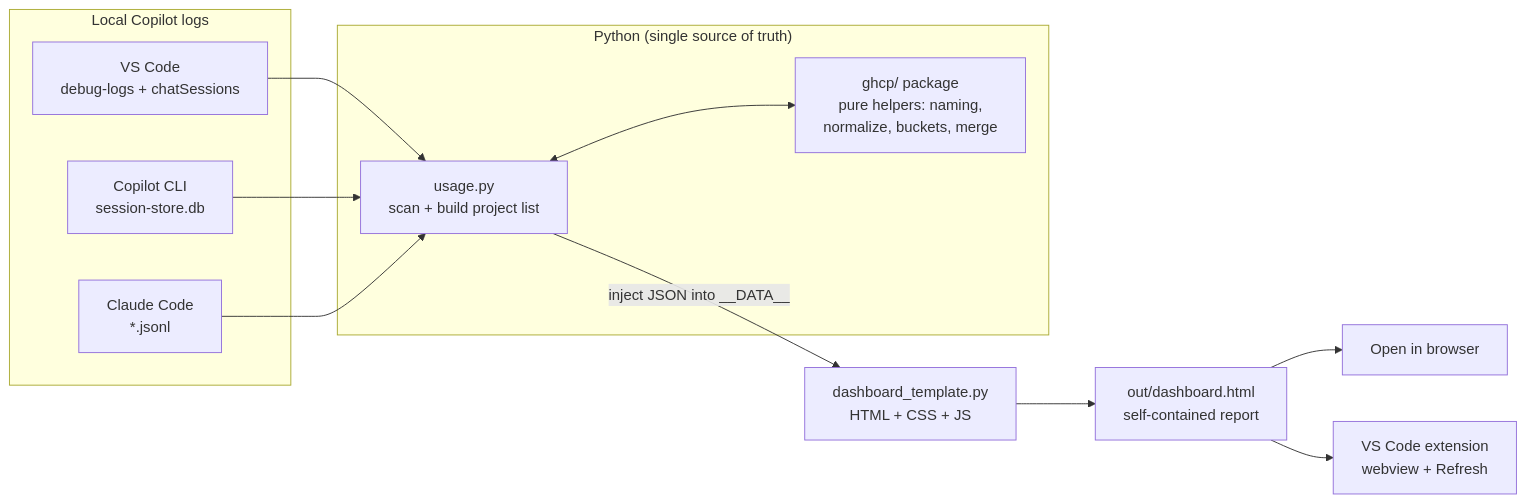
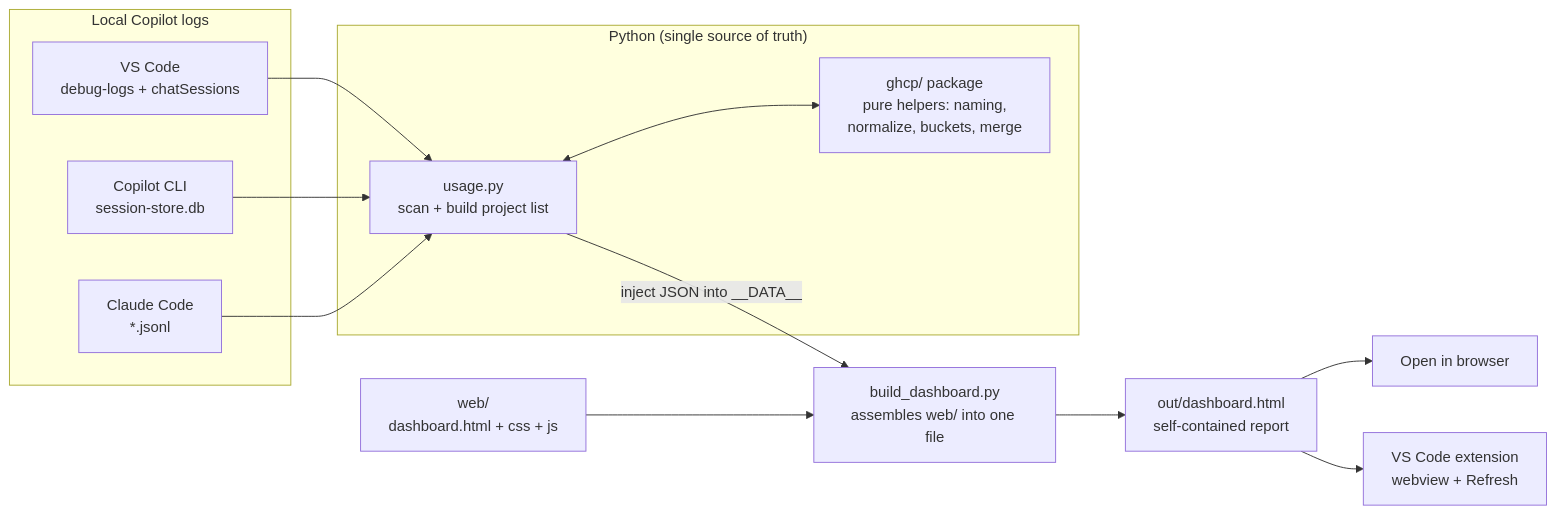
The diagram in README.md (vinay-p-singh/ghcp-usage-metrics), drawn with Mermaid before and after one commit. The commit also changed other lines of this file and 91 other files, not shown here.

````diff
--- a/README.md
+++ b/README.md
@@ -28,23 +28,24 @@
 ```mermaid
 flowchart LR
     subgraph Logs["Local Copilot logs"]
         VS["VS Code<br/>debug-logs + chatSessions"]
         CLI["Copilot CLI<br/>session-store.db"]
         CL["Claude Code<br/>*.jsonl"]
     end
 
     VS --> U
     CLI --> U
     CL --> U
 
     subgraph Extract["Python (single source of truth)"]
         U["usage.py<br/>scan + build project list"]
         G["ghcp/ package<br/>pure helpers: naming,<br/>normalize, buckets, merge"]
         U <--> G
     end
 
-    U -- "inject JSON into __DATA__" --> T["dashboard_template.py<br/>HTML + CSS + JS"]
+    U -- "inject JSON into __DATA__" --> T["build_dashboard.py<br/>assembles web/ into one file"]
+    W["web/<br/>dashboard.html + css + js"] --> T
     T --> H["out/dashboard.html<br/>self-contained report"]
     H --> B["Open in browser"]
     H --> E["VS Code extension<br/>webview + Refresh"]
 ```
````
